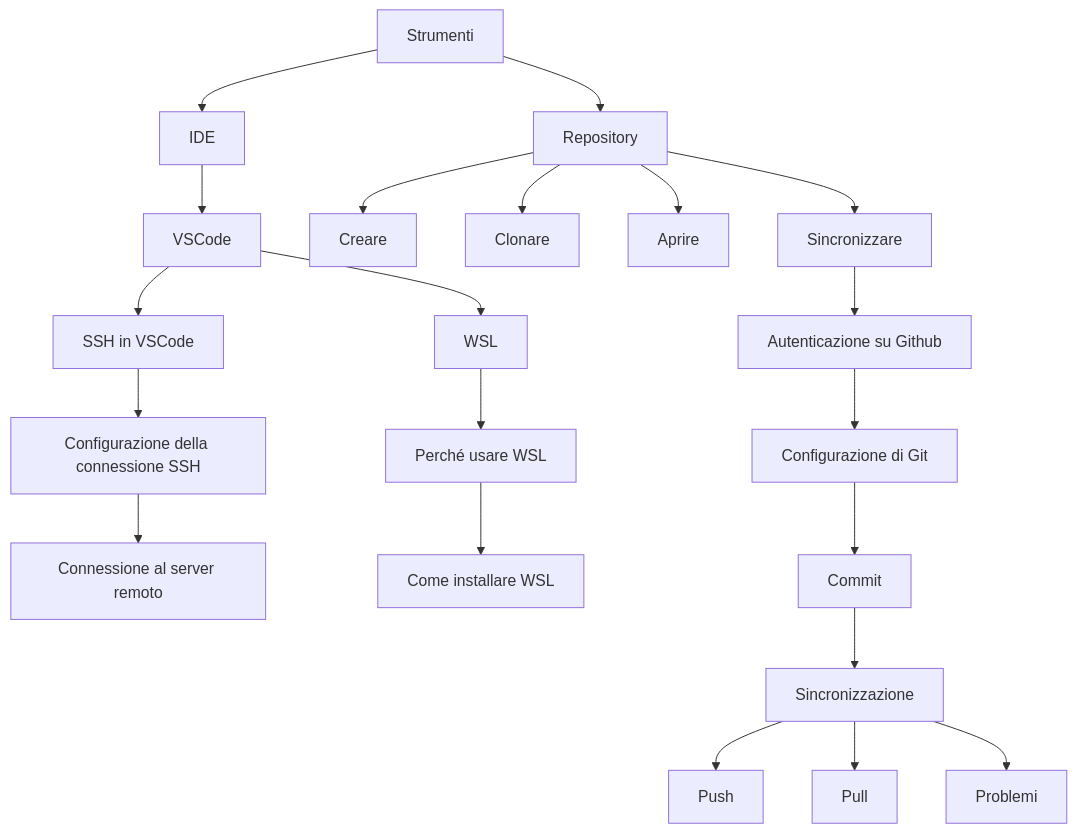
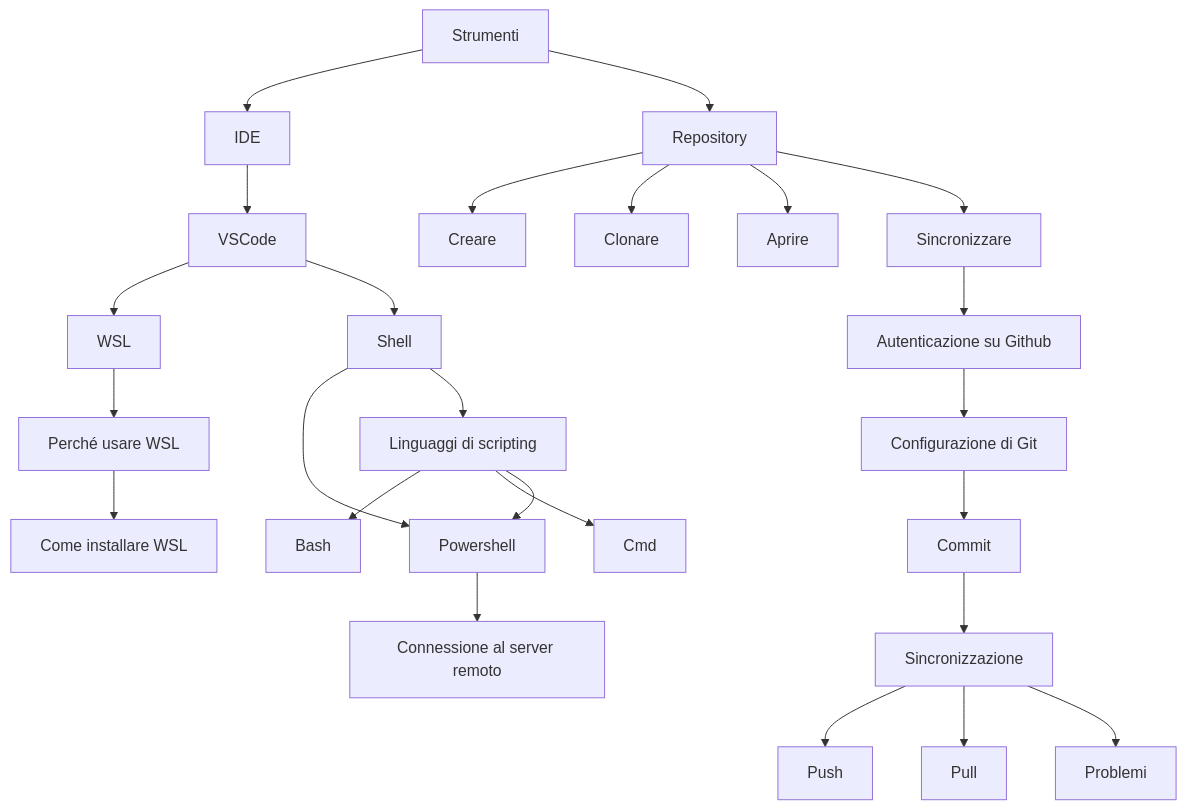
One commit to angelogalantiscuola/IT changed the diagram in tools/percorso_tools.md. Above: the diagram before and after it, drawn with Mermaid. The commit also changed 2 other files, not shown here.

Commit message:
Refactor tools directory and add shell scripting documentation

````diff
--- a/tools/percorso_tools.md
+++ b/tools/percorso_tools.md
@@ -3,35 +3,41 @@
 ```mermaid
 graph TD
     Z[Strumenti]
     Z[Strumenti] --> A[IDE]
     Z[Strumenti] --> F[Repository]
 
     A[IDE] 
     A --> B[VSCode]
 
     B[VSCode] 
     B --> Y[WSL] 
     B --> R[SSH in VSCode] 
     R --> V[Configurazione della connessione SSH]
     V --> W[Connessione al server remoto]
 
     Y[WSL] 
     Y --> AA[Perché usare WSL]
     AA --> AB[Come installare WSL]
 
     F[Repository] 
     F --> G[Creare]
     F --> H[Clonare]
     F --> I[Aprire]
     F --> J[Sincronizzare]
 
     J[Sincronizzare] 
     J --> K[Autenticazione su Github]
     K --> L[Configurazione di Git]
     L --> M[Commit]
     M --> N[Sincronizzazione]
     N --> O[Push]
     N --> P[Pull]
     N --> Q[Problemi]
 
+    R[Shell] 
+    R --> S[Linguaggi di scripting]
+    S --> T[Bash]
+    S --> U[Cmd]
+    S --> V[Powershell]
+
 ```
````
